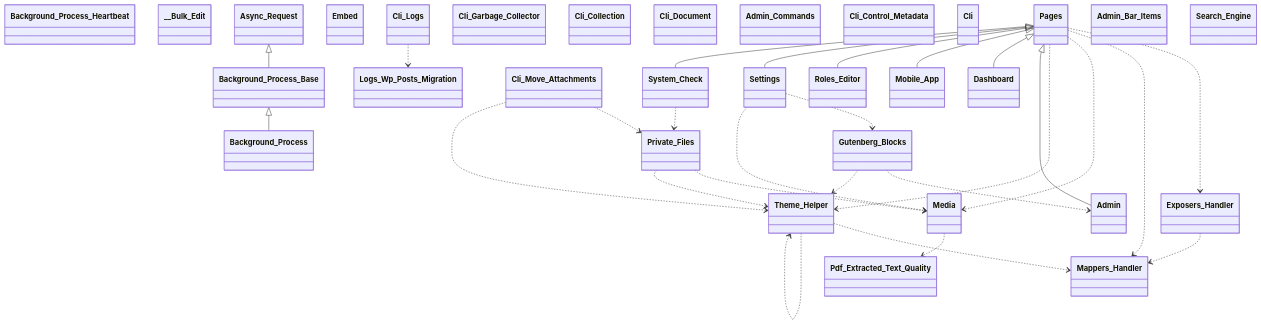
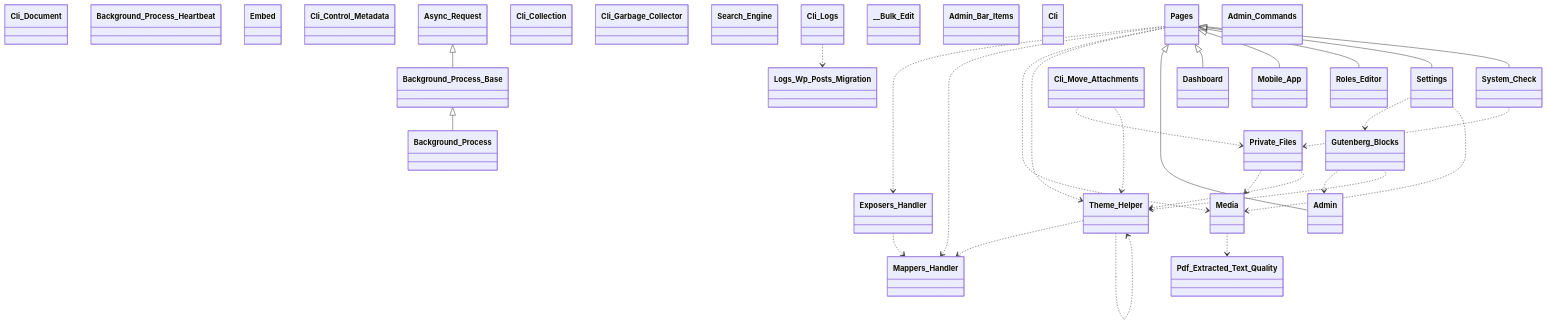
Before and after one commit to tainacan/tainacan: the diagram in docs/diagrams/tainacan-namespace-Tainacan.mmd, drawn with Mermaid. The commit also changed other lines of this file and 65 other files, not shown here.

```diff
--- a/docs/diagrams/tainacan-namespace-Tainacan.mmd
+++ b/docs/diagrams/tainacan-namespace-Tainacan.mmd
@@ -1,59 +1,59 @@
 classDiagram
     direction TB
+    class Dashboard { }
+    class Exposers_Handler { }
+    class Cli_Document { }
     class Background_Process_Heartbeat { }
+    class Media { }
+    class Embed { }
+    class Admin { }
+    class Cli_Control_Metadata { }
+    class Background_Process { }
+    class Settings { }
+    class Pages { }
+    class Roles_Editor { }
+    class Cli_Collection { }
+    class Cli_Garbage_Collector { }
+    class Pdf_Extracted_Text_Quality { }
+    class Search_Engine { }
+    class Async_Request { }
+    class Theme_Helper { }
+    class Background_Process_Base { }
+    class Mappers_Handler { }
+    class Mobile_App { }
+    class __Bulk_Edit { }
+    class Admin_Bar_Items { }
+    class Cli { }
     class Private_Files { }
-    class __Bulk_Edit { }
-    class Async_Request { }
-    class Roles_Editor { }
-    class Mappers_Handler { }
-    class System_Check { }
-    class Embed { }
-    class Background_Process { }
-    class Cli_Move_Attachments { }
+    class Gutenberg_Blocks { }
     class Logs_Wp_Posts_Migration { }
     class Cli_Logs { }
-    class Gutenberg_Blocks { }
-    class Cli_Garbage_Collector { }
-    class Cli_Collection { }
-    class Admin { }
-    class Background_Process_Base { }
-    class Mobile_App { }
-    class Cli_Document { }
-    class Settings { }
     class Admin_Commands { }
-    class Cli_Control_Metadata { }
-    class Pdf_Extracted_Text_Quality { }
-    class Cli { }
-    class Theme_Helper { }
-    class Pages { }
-    class Dashboard { }
-    class Admin_Bar_Items { }
-    class Media { }
-    class Search_Engine { }
-    class Exposers_Handler { }
+    class Cli_Move_Attachments { }
+    class System_Check { }
     Async_Request <|-- Background_Process_Base
     Background_Process_Base <|-- Background_Process
     Cli_Logs ..> Logs_Wp_Posts_Migration
     Cli_Move_Attachments ..> Private_Files
     Cli_Move_Attachments ..> Theme_Helper
     Exposers_Handler ..> Mappers_Handler
     Gutenberg_Blocks ..> Admin
     Gutenberg_Blocks ..> Theme_Helper
     Media ..> Pdf_Extracted_Text_Quality
     Pages ..> Exposers_Handler
     Pages ..> Mappers_Handler
     Pages ..> Media
     Pages ..> Theme_Helper
     Pages <|-- Admin
     Pages <|-- Dashboard
     Pages <|-- Mobile_App
     Pages <|-- Roles_Editor
     Pages <|-- Settings
     Pages <|-- System_Check
     Private_Files ..> Media
     Private_Files ..> Theme_Helper
     Settings ..> Gutenberg_Blocks
     Settings ..> Media
     System_Check ..> Private_Files
     Theme_Helper ..> Mappers_Handler
     Theme_Helper ..> Theme_Helper
```
